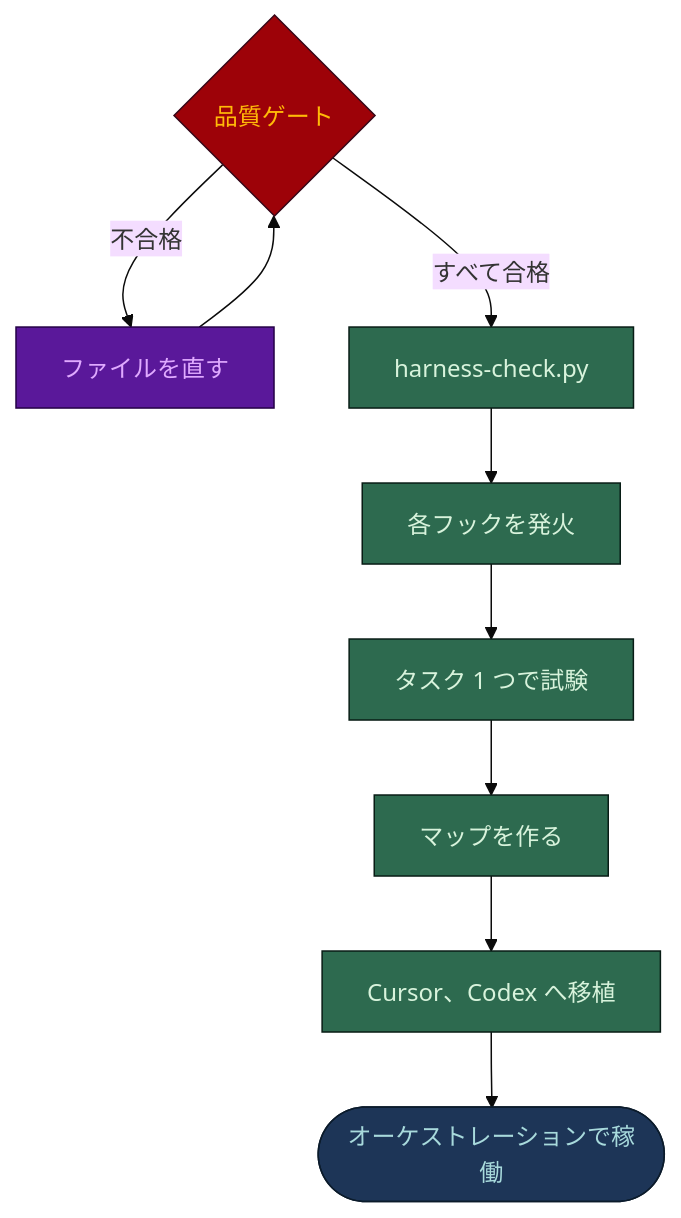
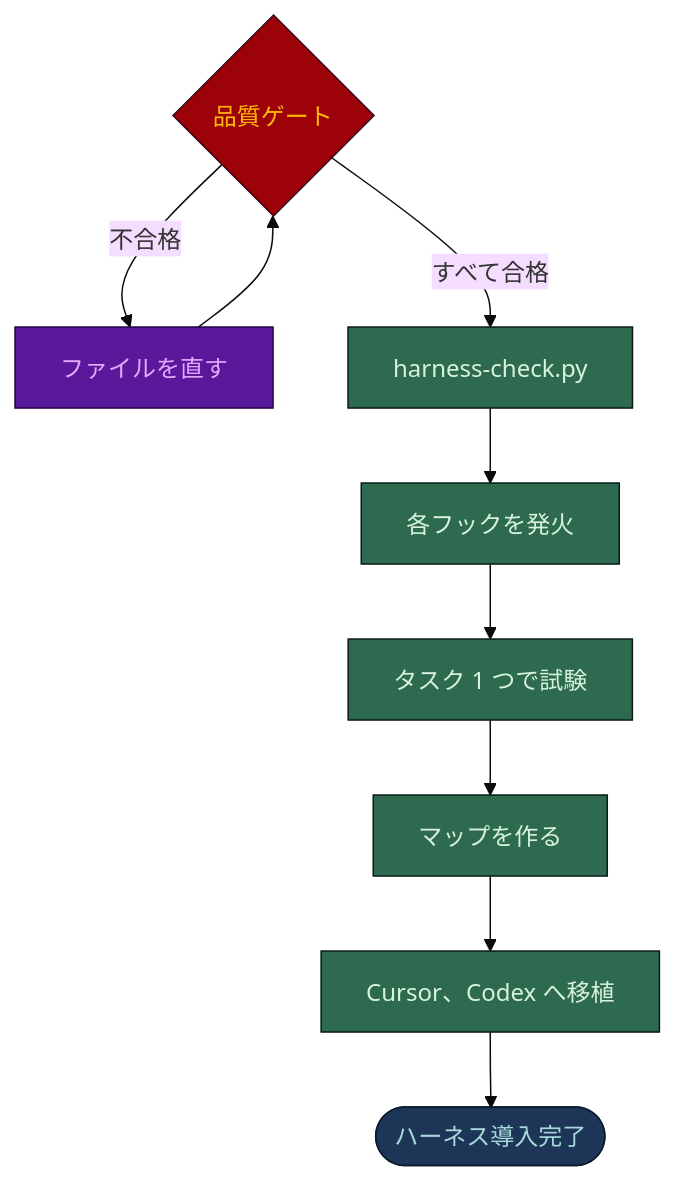
One commit to nguyenhx2/agent-harness-bootstrap changed the fifth of 16 diagrams in docs/FLOWS.ja.md. Above: the diagram before and after it, drawn with Mermaid (base theme). The commit also changed other lines of this file and 107 other files, not shown here.

````diff
--- a/docs/FLOWS.ja.md
+++ b/docs/FLOWS.ja.md
@@ -196,24 +196,24 @@
 ```mermaid
 flowchart TD
     GATE{"品質ゲート"}
     FIX["ファイルを直す"]
     HC["harness-check.py"]
     HK["各フックを発火"]
     SM["タスク 1 つで試験"]
     MAPS["マップを作る"]
     PORT["Cursor、Codex へ移植"]
-    DONE(["オーケストレーションで稼働"])
+    DONE(["ハーネス導入完了"])
 
     GATE -->|"不合格"| FIX --> GATE
     GATE -->|"すべて合格"| HC --> HK --> SM --> MAPS --> PORT --> DONE
 
     classDef det fill:#2D6A4F,stroke:#081C15,stroke-width:1px,color:#D8F3DC
     classDef mod fill:#5A189A,stroke:#240046,stroke-width:1px,color:#E0AAFF
     classDef hum fill:#1D3557,stroke:#0B1B2B,stroke-width:1px,color:#A8DADC
     classDef gate fill:#9D0208,stroke:#370617,stroke-width:1px,color:#FFBA08
 
     class GATE gate
     class FIX mod
     class HC,HK,SM,MAPS,PORT det
     class DONE hum
 ```
````
